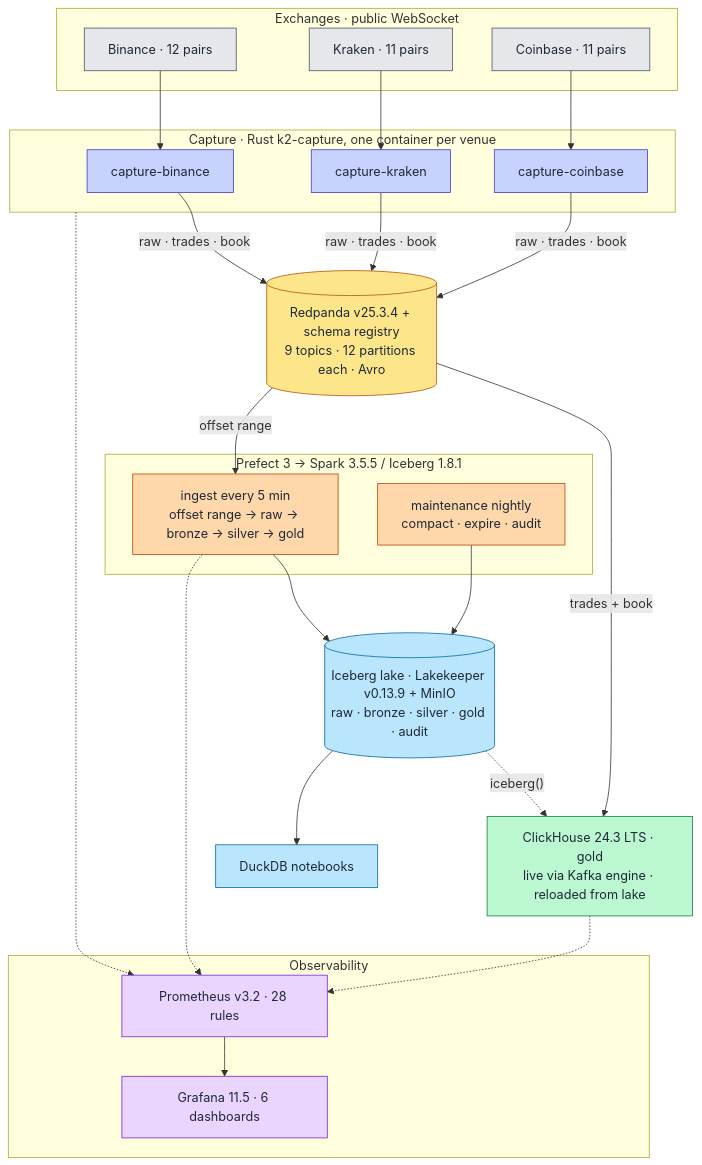
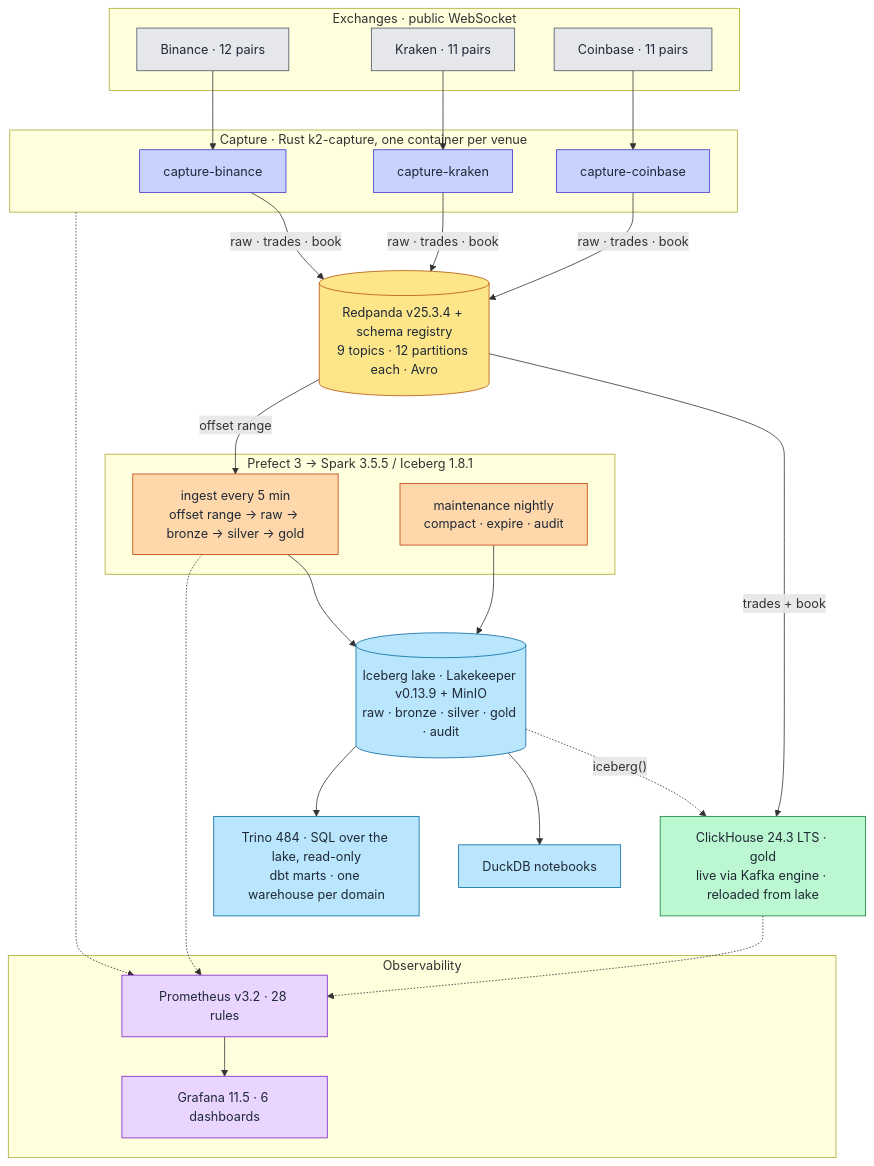
Before and after one commit to rjdscott/k2-market-data-platform: the diagram in docs/architecture/04-system-overview.md, drawn with Mermaid. The commit also changed other lines of this file and 10 other files, not shown here.

````diff
--- a/docs/architecture/04-system-overview.md
+++ b/docs/architecture/04-system-overview.md
@@ -28,51 +28,53 @@
 ```mermaid
 flowchart TB
     subgraph EX["Exchanges · public WebSocket"]
         BIN["Binance · 12 pairs"]
         KRK["Kraken · 11 pairs"]
         CBS["Coinbase · 11 pairs"]
     end
     subgraph CAP["Capture · Rust k2-capture, one container per venue"]
         FHB["capture-binance"]
         FHK["capture-kraken"]
         FHC["capture-coinbase"]
     end
     RP[("Redpanda v25.3.4 + schema registry<br/>9 topics · 12 partitions each · Avro")]
     subgraph BATCH["Prefect 3 → Spark 3.5.5 / Iceberg 1.8.1"]
         ING["ingest every 5 min<br/>offset range → raw → bronze → silver → gold"]
         MNT["maintenance nightly<br/>compact · expire · audit"]
     end
     ICE[("Iceberg lake · Lakekeeper v0.13.9 + MinIO<br/>raw · bronze · silver · gold · audit")]
     CH["ClickHouse 24.3 LTS · gold<br/>live via Kafka engine · reloaded from lake"]
     NB["DuckDB notebooks"]
+    TR["Trino 484 · SQL over the lake, read-only<br/>dbt marts · one warehouse per domain"]
     subgraph OBS["Observability"]
         PR["Prometheus v3.2 · 28 rules"]
         GR["Grafana 11.5 · 6 dashboards"]
     end
 
     BIN --> FHB
     KRK --> FHK
     CBS --> FHC
     FHB & FHK & FHC -->|"raw · trades · book"| RP
     RP -->|"trades + book"| CH
     RP -->|"offset range"| ING --> ICE
     MNT --> ICE
     ICE -.->|"iceberg()"| CH
     ICE --> NB
+    ICE --> TR
     CAP & CH & ING -.-> PR --> GR
 
     classDef ex fill:#e5e7eb,stroke:#4b5563,color:#1f2937
     classDef rs fill:#c7d2fe,stroke:#4338ca,color:#1f2937
     classDef rp fill:#fde68a,stroke:#b45309,color:#1f2937
     classDef ch fill:#bbf7d0,stroke:#15803d,color:#1f2937
     classDef sp fill:#fed7aa,stroke:#c2410c,color:#1f2937
     classDef lk fill:#bae6fd,stroke:#0369a1,color:#1f2937
     classDef ob fill:#e9d5ff,stroke:#7e22ce,color:#1f2937
     class BIN,KRK,CBS ex
     class FHB,FHK,FHC rs
     class RP rp
     class CH ch
     class ING,MNT sp
-    class ICE,NB lk
+    class ICE,NB,TR lk
     class PR,GR ob
 ```
````
